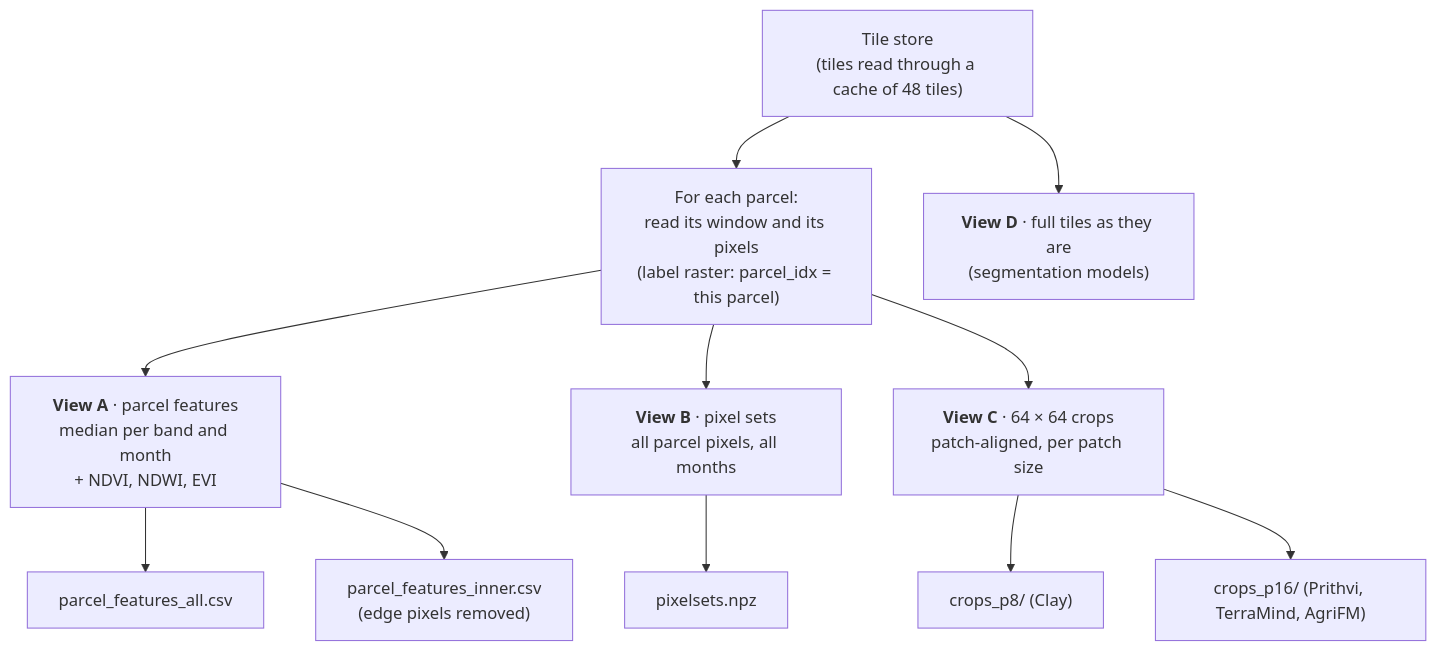
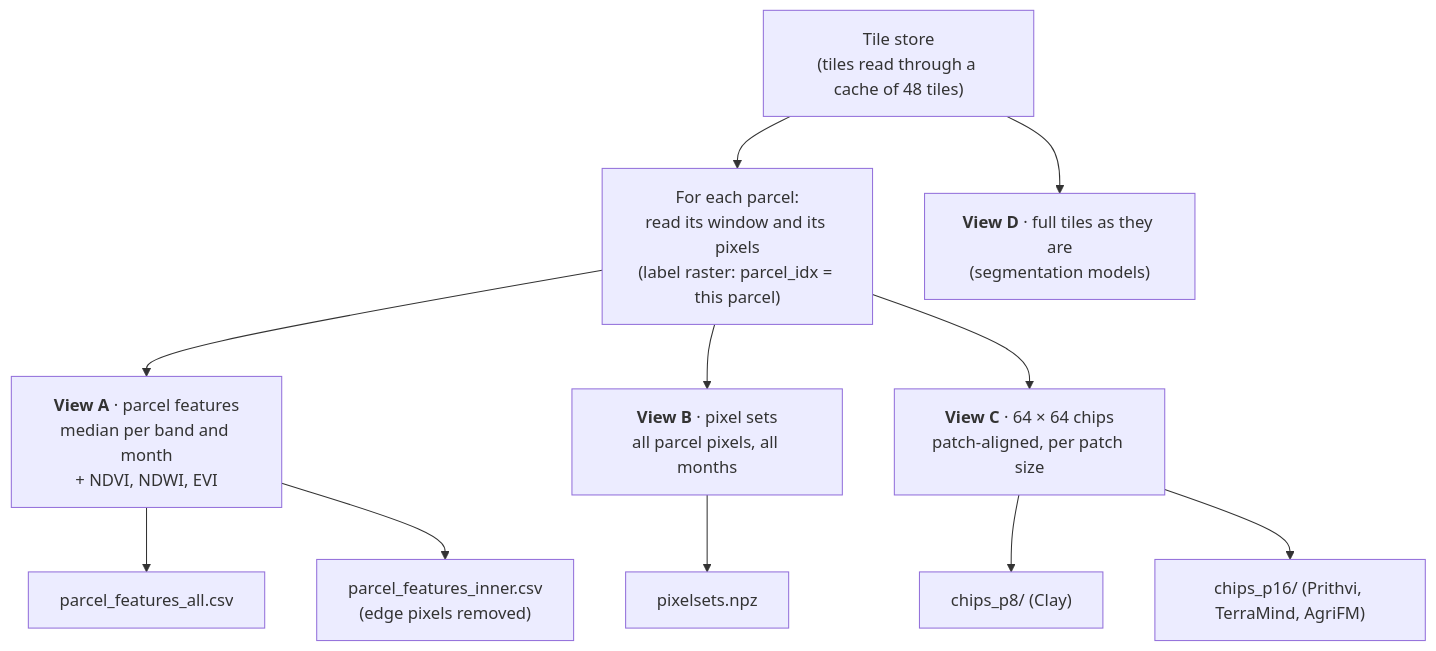
Before and after one commit to amanchry/irrimapping-geofm: the ninth of 10 diagrams in ml_dataset_prep/README.md, drawn with Mermaid. The commit also changed other lines of this file and 14 other files, not shown here.

````diff
--- a/ml_dataset_prep/README.md
+++ b/ml_dataset_prep/README.md
@@ -411,13 +411,13 @@
 ```mermaid
 flowchart TD
     TS["Tile store<br/>(tiles read through a cache of 48 tiles)"] --> L["For each parcel:<br/>read its window and its pixels<br/>(label raster: parcel_idx = this parcel)"]
     L --> A["<b>View A</b> · parcel features<br/>median per band and month<br/>+ NDVI, NDWI, EVI"]
     L --> B["<b>View B</b> · pixel sets<br/>all parcel pixels, all months"]
-    L --> C["<b>View C</b> · 64 × 64 crops<br/>patch-aligned, per patch size"]
+    L --> C["<b>View C</b> · 64 × 64 chips<br/>patch-aligned, per patch size"]
     A --> A1["parcel_features_all.csv"]
     A --> A2["parcel_features_inner.csv<br/>(edge pixels removed)"]
     B --> B1["pixelsets.npz"]
-    C --> C1["crops_p8/  (Clay)"]
-    C --> C2["crops_p16/ (Prithvi, TerraMind, AgriFM)"]
+    C --> C1["chips_p8/  (Clay)"]
+    C --> C2["chips_p16/ (Prithvi, TerraMind, AgriFM)"]
     TS --> D["<b>View D</b> · full tiles as they are<br/>(segmentation models)"]
 ```
````
